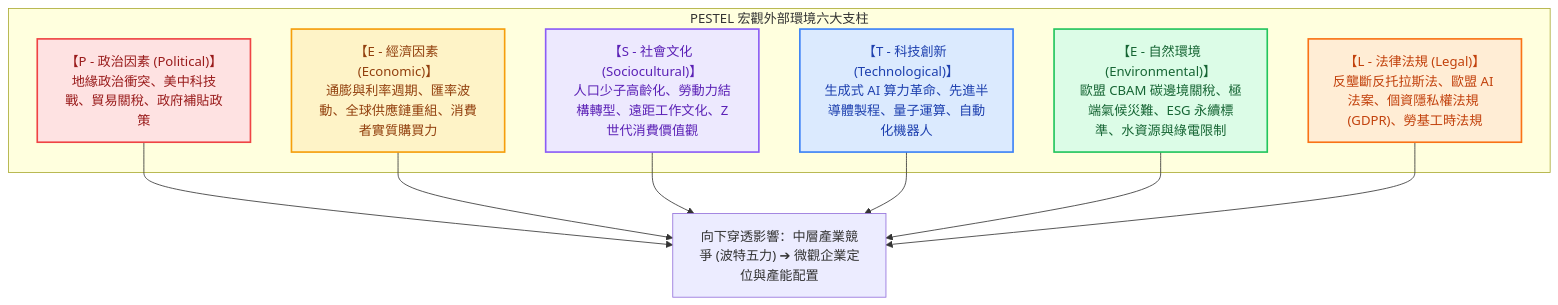
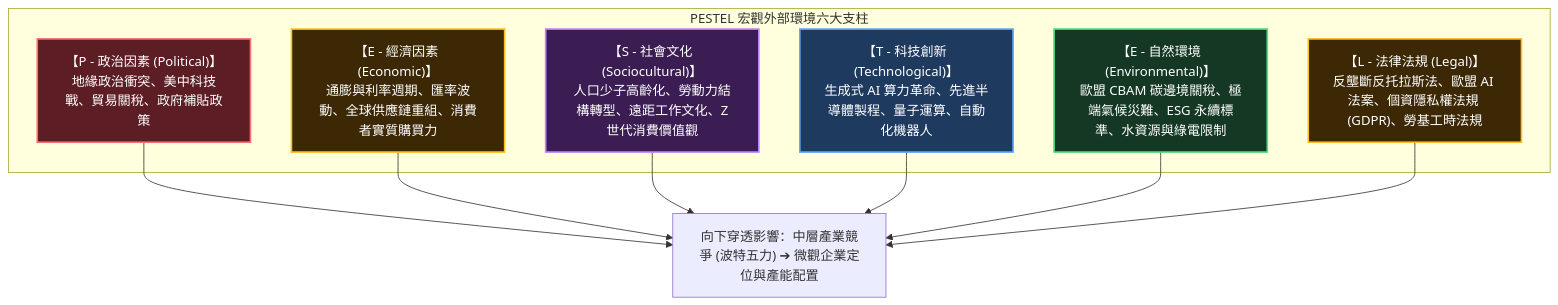
The diagram in src/site/notes/98_商業概念庫/PESTEL分析.md (Jimlin0428/my-digital-garden), drawn with Mermaid before and after one commit. The commit also changed 58 other files, not shown here.

````diff
--- a/src/site/notes/98_商業概念庫/PESTEL分析.md
+++ b/src/site/notes/98_商業概念庫/PESTEL分析.md
@@ -23,25 +23,25 @@
 ```mermaid
 flowchart TD
     subgraph MacroEnvironment ["PESTEL 宏觀外部環境六大支柱"]
         P["【P - 政治因素 (Political)】<br>地緣政治衝突、美中科技戰、貿易關稅、政府補貼政策"]
         E["【E - 經濟因素 (Economic)】<br>通膨與利率週期、匯率波動、全球供應鏈重組、消費者實質購買力"]
         S["【S - 社會文化 (Sociocultural)】<br>人口少子高齡化、勞動力結構轉型、遠距工作文化、Z世代消費價值觀"]
         T["【T - 科技創新 (Technological)】<br>生成式 AI 算力革命、先進半導體製程、量子運算、自動化機器人"]
         ENV["【E - 自然環境 (Environmental)】<br>歐盟 CBAM 碳邊境關稅、極端氣候災難、ESG 永續標準、水資源與綠電限制"]
         L["【L - 法律法規 (Legal)】<br>反壟斷反托拉斯法、歐盟 AI 法案、個資隱私權法規 (GDPR)、勞基工時法規"]
     end
 
     P --> Impact["向下穿透影響：中層產業競爭 (波特五力) ➔ 微觀企業定位與產能配置"]
     E --> Impact
     S --> Impact
     T --> Impact
     ENV --> Impact
     L --> Impact
 
-    style P fill:#fee2e2,stroke:#ef4444,stroke-width:2px,color:#991b1b
-    style E fill:#fef3c7,stroke:#f59e0b,stroke-width:2px,color:#92400e
-    style S fill:#ede9fe,stroke:#8b5cf6,stroke-width:2px,color:#5b21b6
-    style T fill:#dbeafe,stroke:#3b82f6,stroke-width:2px,color:#1e40af
-    style ENV fill:#dcfce7,stroke:#22c55e,stroke-width:2px,color:#166534
-    style L fill:#ffedd5,stroke:#f97316,stroke-width:2px,color:#c2410c
+    style P fill:#5c1d24,stroke:#f87171,stroke-width:2px,color:#ffffff
+    style E fill:#3d2806,stroke:#fbbf24,stroke-width:2px,color:#ffffff
+    style S fill:#3b1d54,stroke:#c084fc,stroke-width:2px,color:#ffffff
+    style T fill:#1e3a5f,stroke:#60a5fa,stroke-width:2px,color:#ffffff
+    style ENV fill:#143823,stroke:#4ade80,stroke-width:2px,color:#ffffff
+    style L fill:#3d2806,stroke:#fbbf24,stroke-width:2px,color:#ffffff
 ```
````
